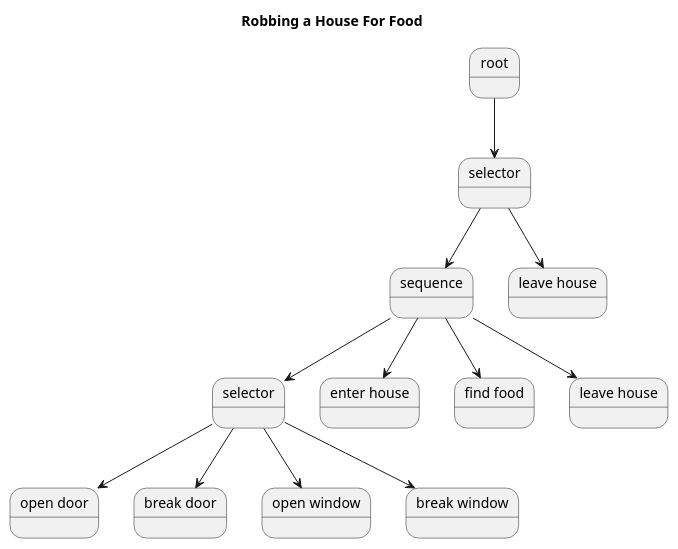
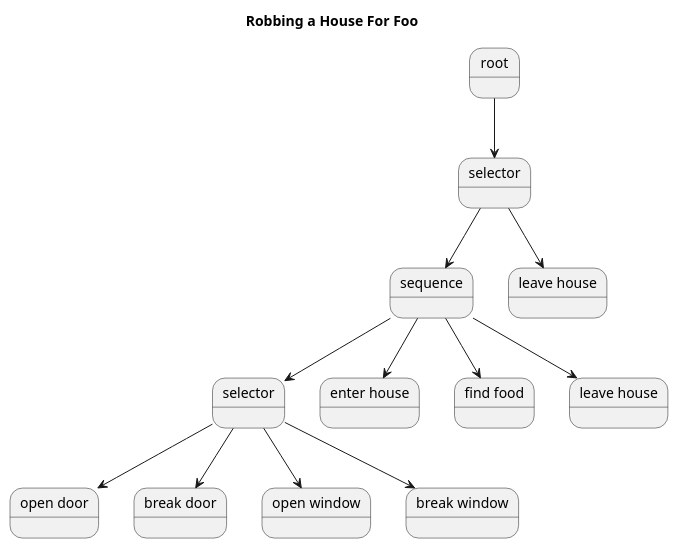
One commit to CriusNyx/BehaviourTreeNodeEditor changed the diagram in Assets/Documentation/AI/ExampleTree.puml. Above: the diagram before and after it, drawn with PlantUML.

Commit message:
Testing Hook

```diff
--- a/Assets/Documentation/AI/ExampleTree.puml
+++ b/Assets/Documentation/AI/ExampleTree.puml
@@ -1,29 +1,29 @@
 @startuml ExampleTree
 
-title Robbing a House For Food
+title Robbing a House For Foo
 
 state "selector" as selector1
 state "sequence" as sequence1
 state "selector" as selector2
 state "open door" as openDoor1
 state "break door" as breakDoor1
 state "open window" as openWindow1
 state "break window" as breakWindow1
 state "enter house" as enterHouse1
 state "find food" as findFood1
 state "leave house" as leaveHouse1
 state "leave house" as leaveHouse2
 
 root -down-> selector1
     selector1 -down-> sequence1
         sequence1 -down-> selector2
             selector2 -down-> openDoor1
             selector2 -down-> breakDoor1
             selector2 -down-> openWindow1
             selector2 -down-> breakWindow1
         sequence1 -down-> enterHouse1
         sequence1 -down-> findFood1
         sequence1 -down-> leaveHouse1
     selector1 -down-> leaveHouse2
 
 @enduml
```
